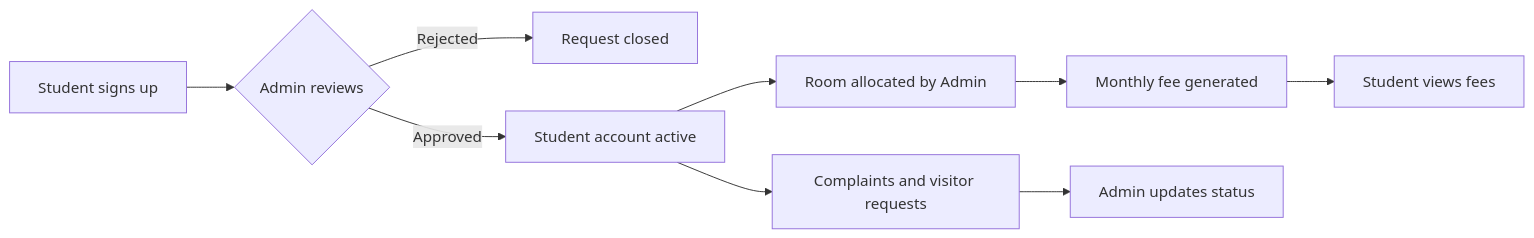
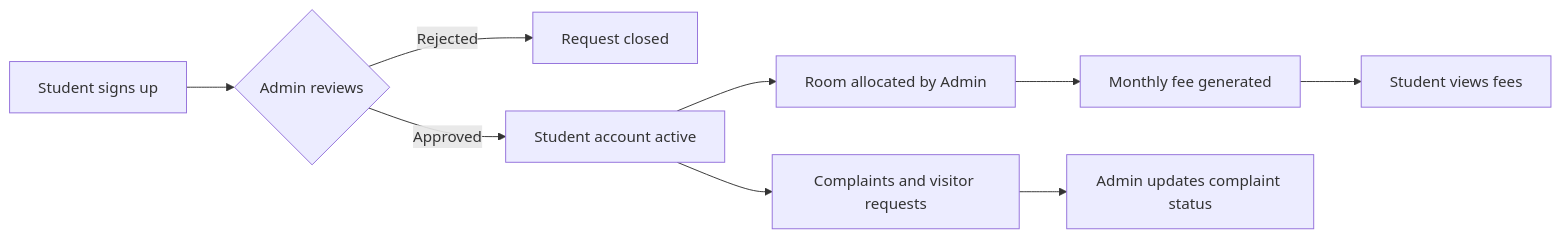
The first of 3 diagrams in README.md (JaganRaju07/HostelMS), drawn with Mermaid before and after one commit. The commit also changed other lines of this file, not shown here.

````diff
--- a/README.md
+++ b/README.md
@@ -46,11 +49,11 @@
 ```mermaid
 flowchart LR
     A[Student signs up] --> B{Admin reviews}
     B -->|Rejected| X[Request closed]
     B -->|Approved| C[Student account active]
     C --> D[Room allocated by Admin]
     D --> E[Monthly fee generated]
     E --> F[Student views fees]
     C --> G[Complaints and visitor requests]
-    G --> H[Admin updates status]
+    G --> H[Admin updates complaint status]
 ```
````
